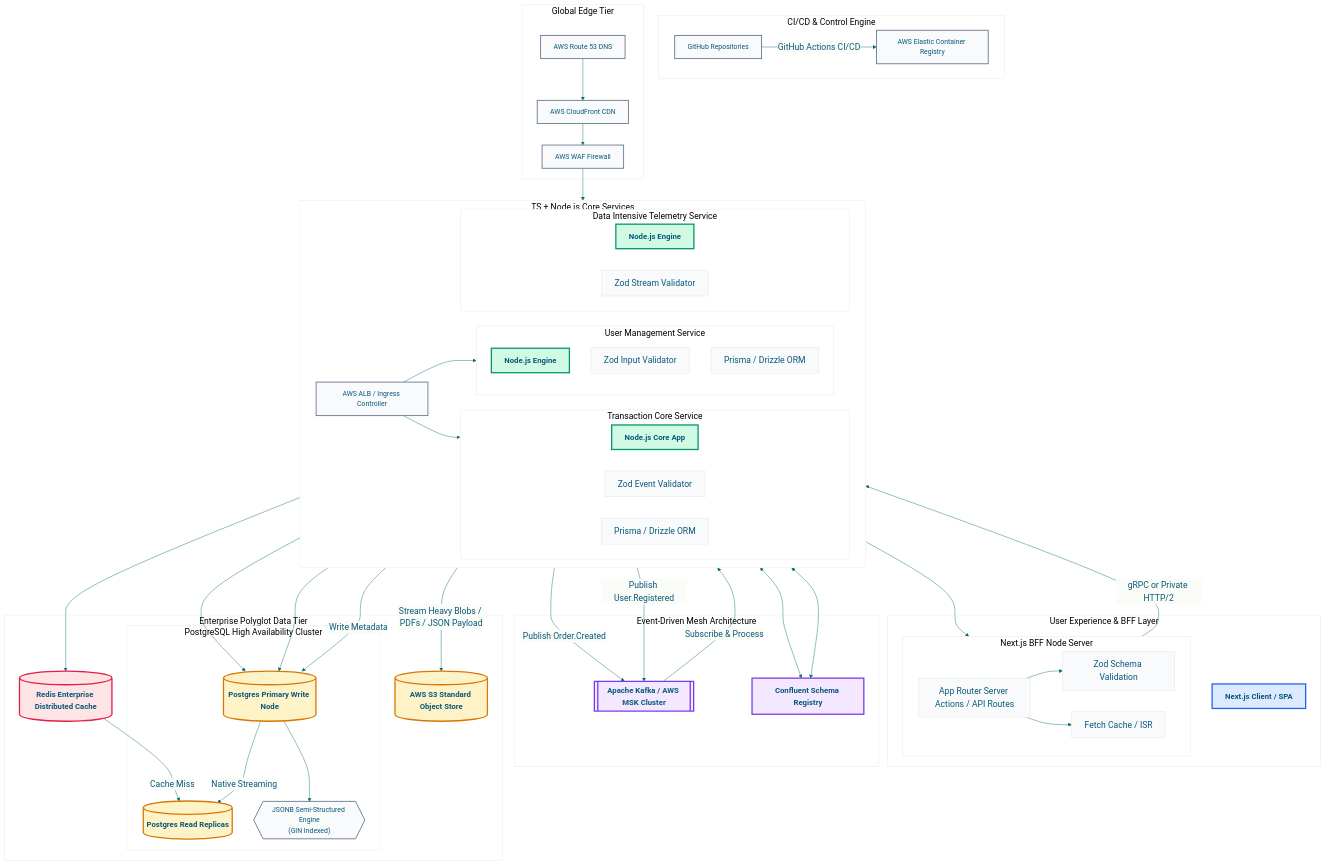
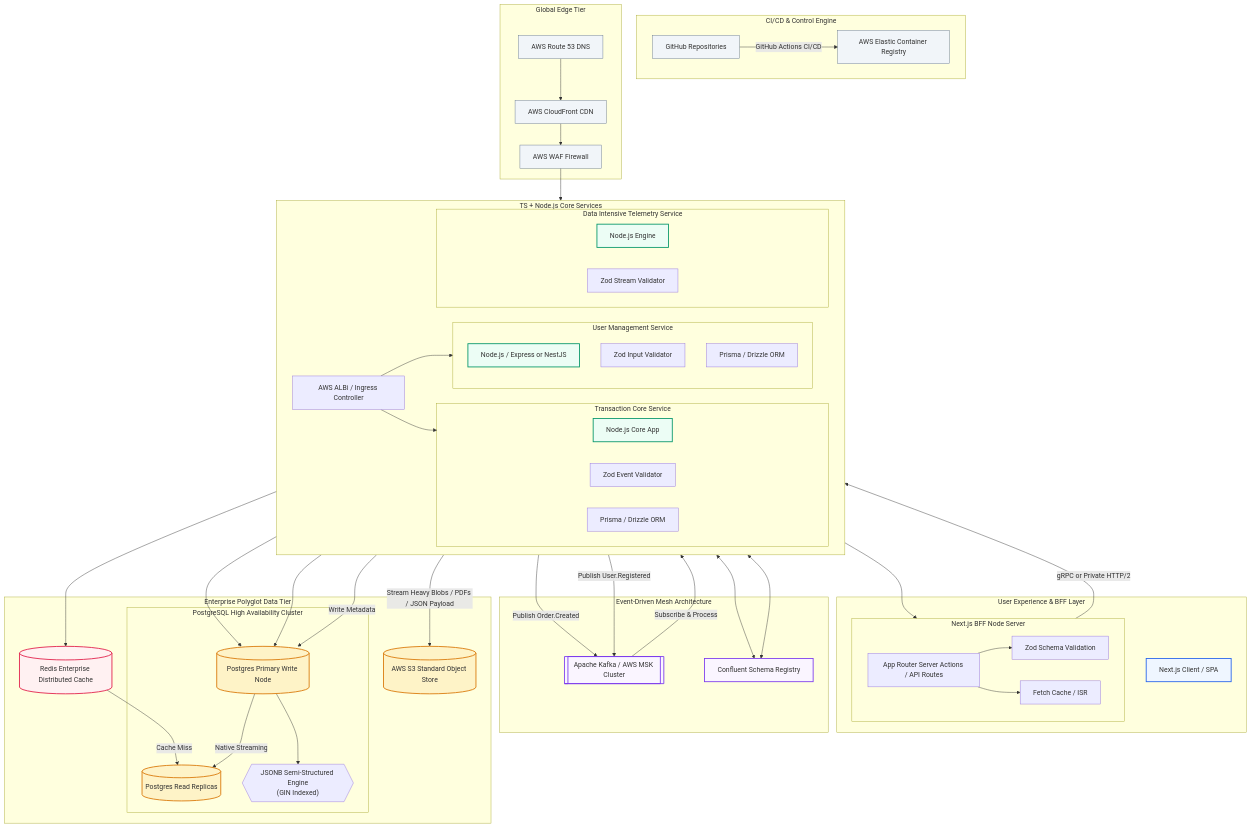
One commit to alissatroiano/system-design changed the diagram in diagram.md. Above: the diagram before and after it, drawn with Mermaid. The commit also changed other lines of this file and 11 other files, not shown here.

````diff
--- a/diagram.md
+++ b/diagram.md
@@ -1,25 +5,13 @@
 ```mermaid
-%%{
-  init: {
-    'theme': 'base',
-    'themeVariables': {
-      'primaryColor': '#f8fafc',
-      'primaryTextColor': '#0a587a',
-      'lineColor': '#036b72',
-      'fontSize': '20px',
-      'fontFamily': 'system-ui, -apple-system, sans-serif'
-    }
-  }
-}%%
 graph TD
-    %% Global Hex-Based Element Styling (High Contrast, Bold Labels)
-    classDef client fill:#dbeafe,stroke:#2563eb,stroke-width:3px,font-size:18px,font-weight:bold;
-    classDef bff fill:#f1f5f9,stroke:#0f172a,stroke-width:4px,font-size:19px,font-weight:bold;
-    classDef service fill:#d1fae5,stroke:#059669,stroke-width:3px,font-size:18px,font-weight:bold;
-    classDef cache fill:#ffe4e6,stroke:#e11d48,stroke-width:3px,font-size:18px,font-weight:bold;
-    classDef database fill:#fef3c7,stroke:#d97706,stroke-width:3px,font-size:18px,font-weight:bold;
-    classDef queue fill:#f3e8ff,stroke:#7c3aed,stroke-width:3px,font-size:18px,font-weight:bold;
-    classDef infra fill:#f8fafc,stroke:#64748b,stroke-width:2px,font-size:16px;
+    %% Define Design System and Color Themes
+    classDef client fill:#eff6ff,stroke:#2563eb,stroke-width:2px;
+    classDef bff fill:#f8fafc,stroke:#0f172a,stroke-width:3px;
+    classDef service fill:#ecfdf5,stroke:#059669,stroke-width:2px;
+    classDef cache fill:#fff1f2,stroke:#e11d48,stroke-width:2px;
+    classDef database fill:#fef3c7,stroke:#d97706,stroke-width:2px;
+    classDef queue fill:#faf5ff,stroke:#7c3aed,stroke-width:2px;
+    classDef infra fill:#f1f5f9,stroke:#64748b,stroke-width:1px;
 
     %% DevOps / CI-CD Control plane
     subgraph DevOps_Plane [CI/CD & Control Engine]
@@ -53,10 +45,10 @@
     %% Distributed Service Mesh Core
     subgraph Compute_Tier [TS + Node.js Core Services]
         direction LR
-        Ingress[AWS ALB / Ingress Controller]
+        Ingress[AWS ALBi / Ingress Controller]
         
         subgraph UserService [User Management Service]
-            US_App[Node.js Engine]
+            US_App[Node.js / Express or NestJS]
             US_Zod[Zod Input Validator]
             US_Prisma[Prisma / Drizzle ORM]
         end
@@ -73,7 +65,6 @@
         end
     end
     class US_App,OS_App,AS_App service;
-    class Ingress infra;
 
     %% Messaging Fabric (Decoupled EDA)
     subgraph Event_Fabric [Event-Driven Mesh Architecture]
@@ -96,7 +87,6 @@
     end
     class RedisCluster cache;
     class PG_Primary,PG_Replica,S3 database;
-    class JSONB_Eng infra;
 
     %% Explicit Data Flow Interconnections
     WAF --> Ingress
````
